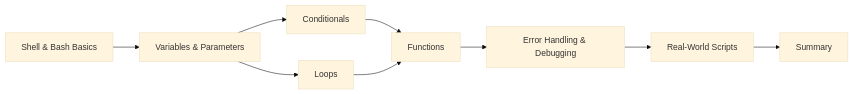
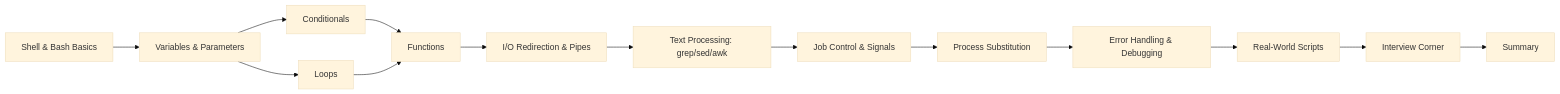
The diagram in docs/courses/operating-systems/15-shell-scripting.md (Raushan666java/ai-engineering-journey), drawn with Mermaid (base theme) before and after one commit. The commit also changed other lines of this file and 17 other files, not shown here.

```diff
--- a/docs/courses/operating-systems/15-shell-scripting.md
+++ b/docs/courses/operating-systems/15-shell-scripting.md
@@ -29,11 +31,16 @@
 <div class="mermaid">
 flowchart LR
     A[Shell & Bash Basics] --> B[Variables & Parameters]
     B --> C[Conditionals]
     B --> D[Loops]
     C --> E[Functions]
     D --> E
-    E --> F[Error Handling & Debugging]
-    F --> G[Real-World Scripts]
-    G --> H[Summary]
+    E --> F[I/O Redirection & Pipes]
+    F --> G[Text Processing: grep/sed/awk]
+    G --> H[Job Control & Signals]
+    H --> I[Process Substitution]
+    I --> J[Error Handling & Debugging]
+    J --> K[Real-World Scripts]
+    K --> L[Interview Corner]
+    L --> M[Summary]
 </div>
```
